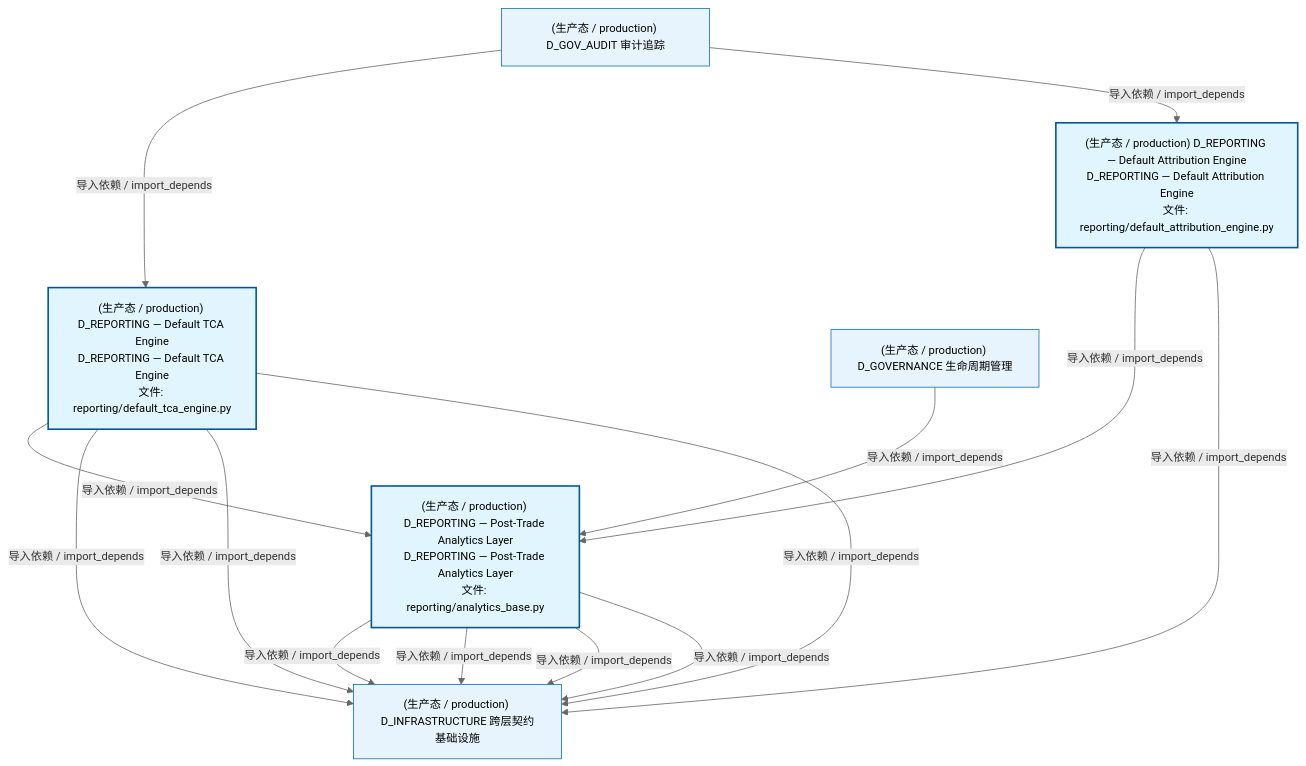
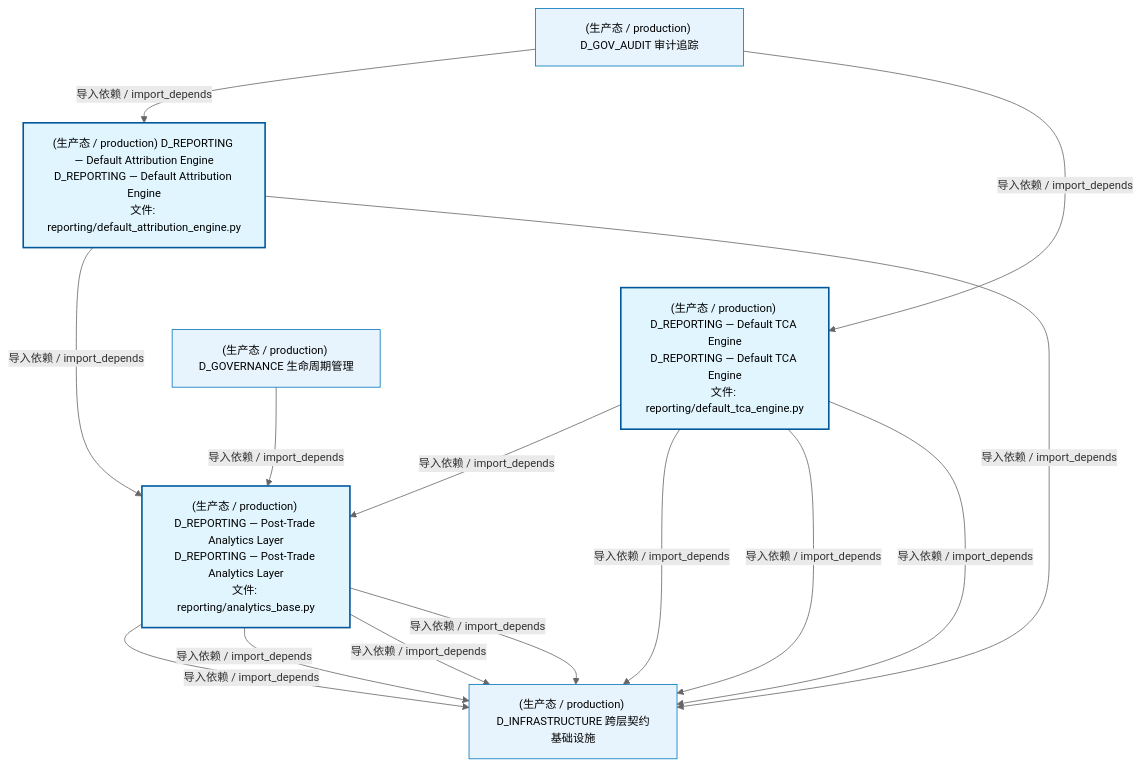
One commit to xuanFelixVan/ZephyrAlpha changed the first of 3 diagrams in docs/02_enterprise_architecture/02_domain_architecture_docs/26_d_reporting.md. Above: the diagram before and after it, drawn with Mermaid. The commit also changed other lines of this file and 47 other files, not shown here.

````diff
--- a/docs/02_enterprise_architecture/02_domain_architecture_docs/26_d_reporting.md
+++ b/docs/02_enterprise_architecture/02_domain_architecture_docs/26_d_reporting.md
@@ -65,30 +65,30 @@
 ```mermaid
 %%{init: {'theme': 'base', 'themeVariables': {'primaryColor': '#eaeaea', 'primaryTextColor': '#333333', 'primaryBorderColor': '#666666', 'lineColor': '#666666', 'secondaryColor': '#eaeaea', 'tertiaryColor': '#eaeaea', 'fontSize': '14px'}}}%%
 flowchart TD
     src_zephyr_reporting_default_attribution_engine_py["(生产态 / production) D_REPORTING — Default Attribution Engine<br/>D_REPORTING — Default Attribution Engine<br/>文件: reporting/default_attribution_engine.py"]
     src_zephyr_reporting_default_tca_engine_py["(生产态 / production) D_REPORTING — Default TCA Engine<br/>D_REPORTING — Default TCA Engine<br/>文件: reporting/default_tca_engine.py"]
     src_zephyr_reporting_default_attribution_engine_py ~~~ src_zephyr_reporting_default_tca_engine_py
     src_zephyr_reporting_analytics_base_py["(生产态 / production) D_REPORTING — Post-Trade Analytics Layer<br/>D_REPORTING — Post-Trade Analytics Layer<br/>文件: reporting/analytics_base.py"]
+    src_zephyr_reporting_default_attribution_engine_py -->|导入依赖 / import_depends| src_zephyr_reporting_analytics_base_py
     src_zephyr_reporting_default_tca_engine_py -->|导入依赖 / import_depends| src_zephyr_reporting_analytics_base_py
-    src_zephyr_reporting_default_attribution_engine_py -->|导入依赖 / import_depends| src_zephyr_reporting_analytics_base_py
     D_INFRASTRUCTURE["(生产态 / production) D_INFRASTRUCTURE 跨层契约基础设施"]
     src_zephyr_reporting_default_tca_engine_py -->|导入依赖 / import_depends| D_INFRASTRUCTURE
     src_zephyr_reporting_analytics_base_py -->|导入依赖 / import_depends| D_INFRASTRUCTURE
     src_zephyr_reporting_default_tca_engine_py -->|导入依赖 / import_depends| D_INFRASTRUCTURE
     src_zephyr_reporting_analytics_base_py -->|导入依赖 / import_depends| D_INFRASTRUCTURE
     src_zephyr_reporting_analytics_base_py -->|导入依赖 / import_depends| D_INFRASTRUCTURE
     src_zephyr_reporting_analytics_base_py -->|导入依赖 / import_depends| D_INFRASTRUCTURE
     src_zephyr_reporting_default_attribution_engine_py -->|导入依赖 / import_depends| D_INFRASTRUCTURE
     src_zephyr_reporting_default_tca_engine_py -->|导入依赖 / import_depends| D_INFRASTRUCTURE
     D_GOVERNANCE["(生产态 / production) D_GOVERNANCE 生命周期管理"]
     D_GOVERNANCE -->|导入依赖 / import_depends| src_zephyr_reporting_analytics_base_py
     D_GOV_AUDIT["(生产态 / production) D_GOV_AUDIT 审计追踪"]
+    D_GOV_AUDIT -->|导入依赖 / import_depends| src_zephyr_reporting_default_attribution_engine_py
     D_GOV_AUDIT -->|导入依赖 / import_depends| src_zephyr_reporting_default_tca_engine_py
-    D_GOV_AUDIT -->|导入依赖 / import_depends| src_zephyr_reporting_default_attribution_engine_py
     classDef production fill:#e1f5fe,stroke:#01579b,stroke-width:2px,color:#000
     classDef design fill:#fff3e0,stroke:#e65100,stroke-width:2px,color:#000,stroke-dasharray: 5 5
     classDef external_prod fill:#e8f4fd,stroke:#0277bd,stroke-width:1px,color:#000
     classDef external_design fill:#fff8e7,stroke:#ef6c00,stroke-width:1px,color:#000,stroke-dasharray: 5 5
     class src_zephyr_reporting_analytics_base_py,src_zephyr_reporting_default_attribution_engine_py,src_zephyr_reporting_default_tca_engine_py production
     class D_INFRASTRUCTURE,D_GOVERNANCE,D_GOV_AUDIT external_prod
 ```
````
